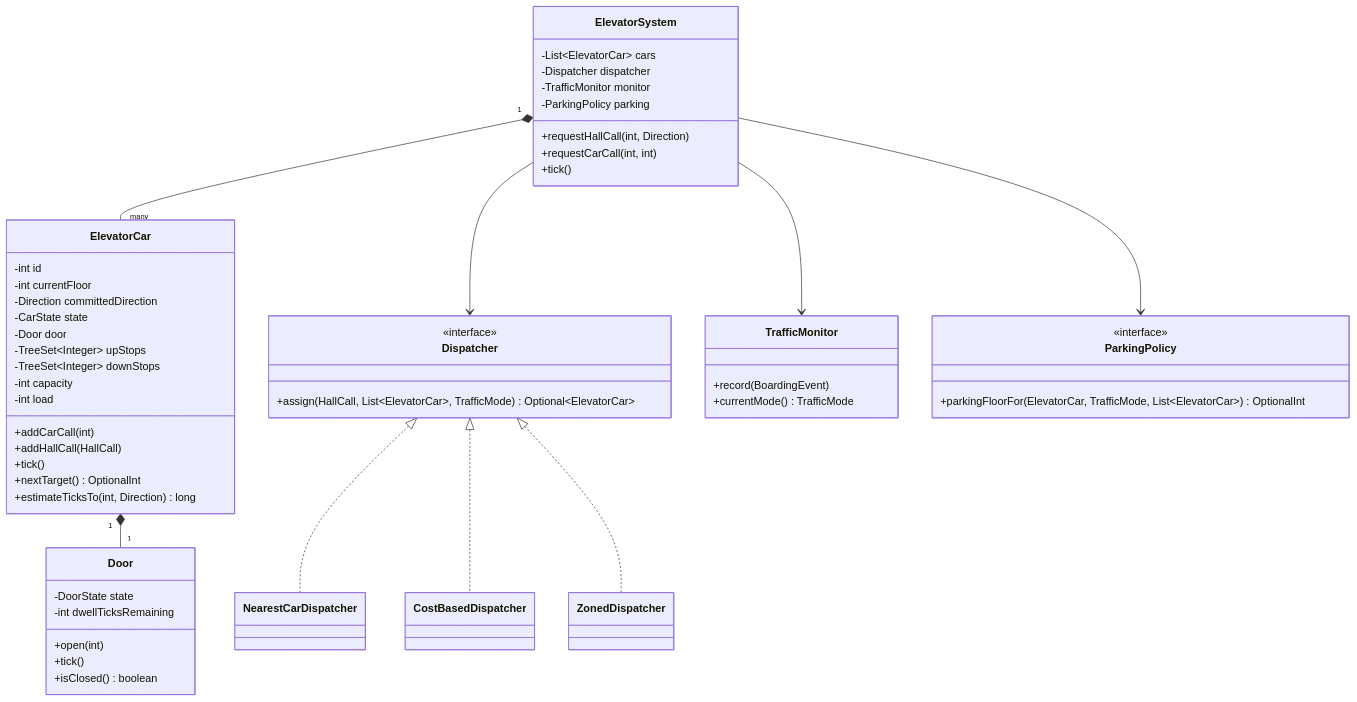
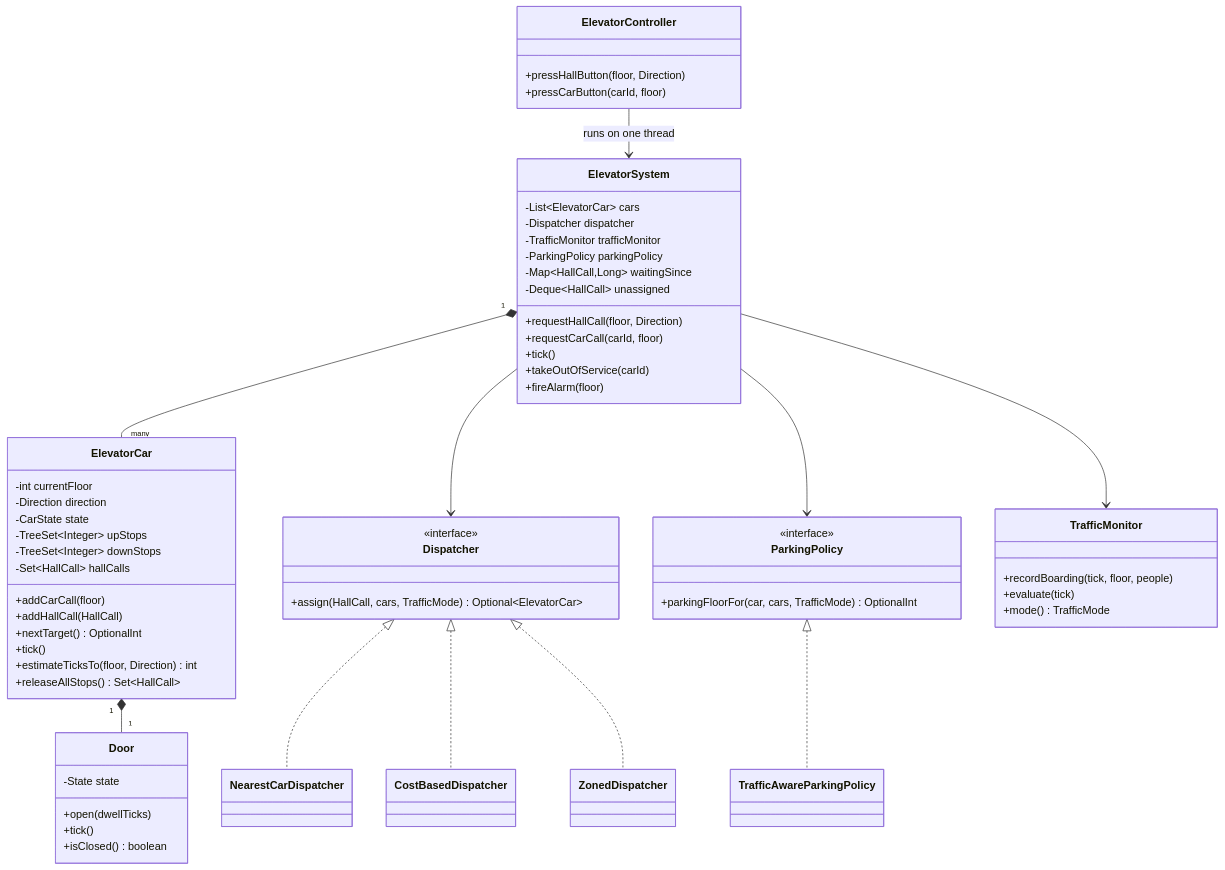
Before and after one commit to jattinmanhas/Notes: the first of 2 diagrams in LLD Notes/02-LLD-Elevator-System.md, drawn with Mermaid. The commit also changed other lines of this file, not shown here.

````diff
--- a/LLD Notes/02-LLD-Elevator-System.md
+++ b/LLD Notes/02-LLD-Elevator-System.md
@@ -192,62 +246,64 @@
 ```mermaid
 classDiagram
     class ElevatorSystem {
         -List~ElevatorCar~ cars
         -Dispatcher dispatcher
-        -TrafficMonitor monitor
-        -ParkingPolicy parking
-        +requestHallCall(int, Direction)
-        +requestCarCall(int, int)
+        -TrafficMonitor trafficMonitor
+        -ParkingPolicy parkingPolicy
+        -Map~HallCall,Long~ waitingSince
+        -Deque~HallCall~ unassigned
+        +requestHallCall(floor, Direction)
+        +requestCarCall(carId, floor)
         +tick()
+        +takeOutOfService(carId)
+        +fireAlarm(floor)
     }
-
     class ElevatorCar {
-        -int id
         -int currentFloor
-        -Direction committedDirection
+        -Direction direction
         -CarState state
-        -Door door
         -TreeSet~Integer~ upStops
         -TreeSet~Integer~ downStops
-        -int capacity
-        -int load
-        +addCarCall(int)
+        -Set~HallCall~ hallCalls
+        +addCarCall(floor)
         +addHallCall(HallCall)
+        +nextTarget() OptionalInt
         +tick()
-        +nextTarget() OptionalInt
-        +estimateTicksTo(int, Direction) long
+        +estimateTicksTo(floor, Direction) int
+        +releaseAllStops() Set~HallCall~
     }
-
+    class Door {
+        -State state
+        +open(dwellTicks)
+        +tick()
+        +isClosed() boolean
+    }
     class Dispatcher {
         <<interface>>
-        +assign(HallCall, List~ElevatorCar~, TrafficMode) Optional~ElevatorCar~
-    }
-    class NearestCarDispatcher
-    class CostBasedDispatcher
-    class ZonedDispatcher
-
-    class TrafficMonitor {
-        +record(BoardingEvent)
-        +currentMode() TrafficMode
+        +assign(HallCall, cars, TrafficMode) Optional~ElevatorCar~
     }
     class ParkingPolicy {
         <<interface>>
-        +parkingFloorFor(ElevatorCar, TrafficMode, List~ElevatorCar~) OptionalInt
+        +parkingFloorFor(car, cars, TrafficMode) OptionalInt
     }
-    class Door {
-        -DoorState state
-        -int dwellTicksRemaining
-        +open(int)
-        +tick()
-        +isClosed() boolean
+    class TrafficMonitor {
+        +recordBoarding(tick, floor, people)
+        +evaluate(tick)
+        +mode() TrafficMode
+    }
+    class ElevatorController {
+        +pressHallButton(floor, Direction)
+        +pressCarButton(carId, floor)
     }
 
+    ElevatorController --> ElevatorSystem : runs on one thread
     ElevatorSystem "1" *-- "many" ElevatorCar
     ElevatorSystem --> Dispatcher
+    ElevatorSystem --> ParkingPolicy
     ElevatorSystem --> TrafficMonitor
-    ElevatorSystem --> ParkingPolicy
     ElevatorCar "1" *-- "1" Door
     Dispatcher <|.. NearestCarDispatcher
     Dispatcher <|.. CostBasedDispatcher
     Dispatcher <|.. ZonedDispatcher
+    ParkingPolicy <|.. TrafficAwareParkingPolicy
 ```
````
